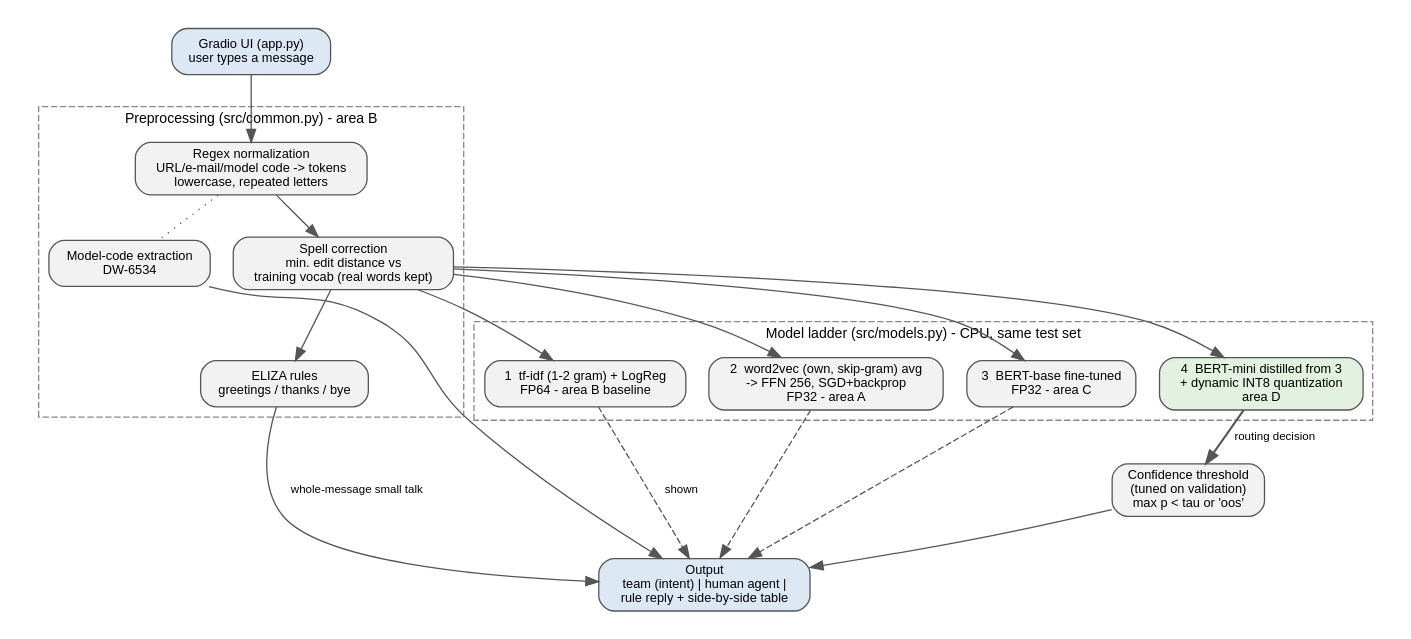
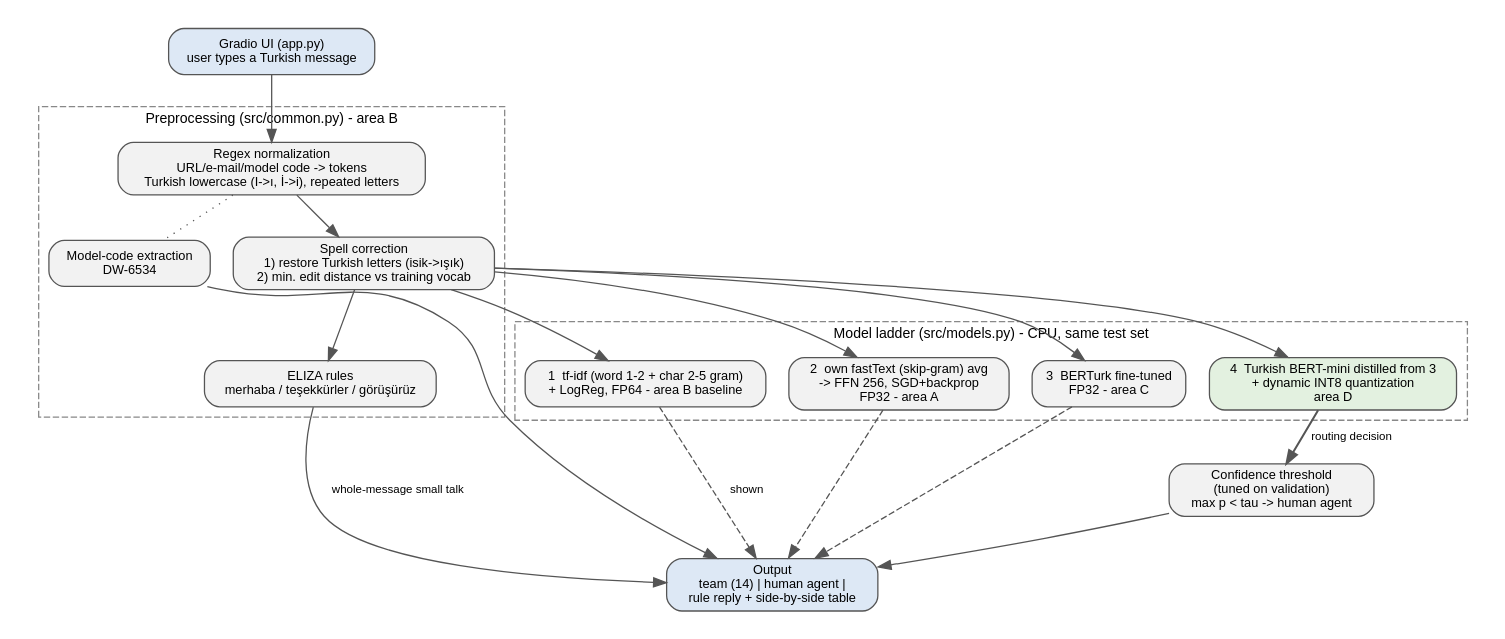
The diagram in docs/architecture.dot (rkfirat/swe015-ticket-router), drawn with Graphviz before and after one commit. The commit also changed 14 other files, not shown here.

Commit message:
Switch to Turkish: MASSIVE tr-TR, fastText, BERTurk, Turkish BERT-mini student

```diff
--- a/docs/architecture.dot
+++ b/docs/architecture.dot
@@ -1,36 +1,36 @@
 // Rendered with: dot -Tpng docs/architecture.dot -o docs/architecture.png
 digraph router {
   rankdir=TB;
   graph [fontname="Helvetica", fontsize=11, nodesep=0.25, ranksep=0.45, pad=0.2];
   node  [fontname="Helvetica", fontsize=10, shape=box, style="rounded,filled", fillcolor="#f2f2f2", color="#555555"];
   edge  [fontname="Helvetica", fontsize=9, color="#555555"];
 
-  ui     [label="Gradio UI (app.py)\nuser types a message", fillcolor="#dde8f5"];
+  ui     [label="Gradio UI (app.py)\nuser types a Turkish message", fillcolor="#dde8f5"];
 
   subgraph cluster_pre {
     label="Preprocessing (src/common.py) - area B"; style=dashed; color="#888888";
-    regex  [label="Regex normalization\nURL/e-mail/model code -> tokens\nlowercase, repeated letters"];
+    regex  [label="Regex normalization\nURL/e-mail/model code -> tokens\nTurkish lowercase (I->ı, İ->i), repeated letters"];
     codes  [label="Model-code extraction\nDW-6534"];
-    spell  [label="Spell correction\nmin. edit distance vs\ntraining vocab (real words kept)"];
-    eliza  [label="ELIZA rules\ngreetings / thanks / bye"];
+    spell  [label="Spell correction\n1) restore Turkish letters (isik->ışık)\n2) min. edit distance vs training vocab"];
+    eliza  [label="ELIZA rules\nmerhaba / teşekkürler / görüşürüz"];
   }
 
   subgraph cluster_models {
     label="Model ladder (src/models.py) - CPU, same test set"; style=dashed; color="#888888";
-    m1 [label="1  tf-idf (1-2 gram) + LogReg\nFP64 - area B baseline"];
-    m2 [label="2  word2vec (own, skip-gram) avg\n-> FFN 256, SGD+backprop\nFP32 - area A"];
-    m3 [label="3  BERT-base fine-tuned\nFP32 - area C"];
-    m4 [label="4  BERT-mini distilled from 3\n+ dynamic INT8 quantization\narea D", fillcolor="#e3f1e0"];
+    m1 [label="1  tf-idf (word 1-2 + char 2-5 gram)\n+ LogReg, FP64 - area B baseline"];
+    m2 [label="2  own fastText (skip-gram) avg\n-> FFN 256, SGD+backprop\nFP32 - area A"];
+    m3 [label="3  BERTurk fine-tuned\nFP32 - area C"];
+    m4 [label="4  Turkish BERT-mini distilled from 3\n+ dynamic INT8 quantization\narea D", fillcolor="#e3f1e0"];
   }
 
-  thr    [label="Confidence threshold\n(tuned on validation)\nmax p < tau or 'oos'"];
-  out    [label="Output\nteam (intent) | human agent |\nrule reply + side-by-side table", fillcolor="#dde8f5"];
+  thr    [label="Confidence threshold\n(tuned on validation)\nmax p < tau -> human agent"];
+  out    [label="Output\nteam (14) | human agent |\nrule reply + side-by-side table", fillcolor="#dde8f5"];
 
   ui -> regex;
   regex -> codes [style=dotted, arrowhead=none];
   regex -> spell -> eliza;
   spell -> m1; spell -> m2; spell -> m3; spell -> m4;
   m4 -> thr [label="routing decision", penwidth=1.6];
   m1 -> out [style=dashed, label="shown"]; m2 -> out [style=dashed]; m3 -> out [style=dashed];
   thr -> out; eliza -> out [label="whole-message small talk"]; codes -> out;
 }
```
